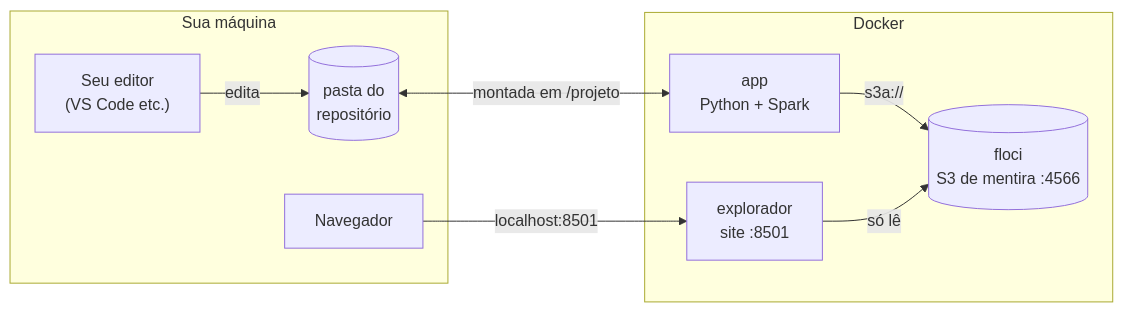
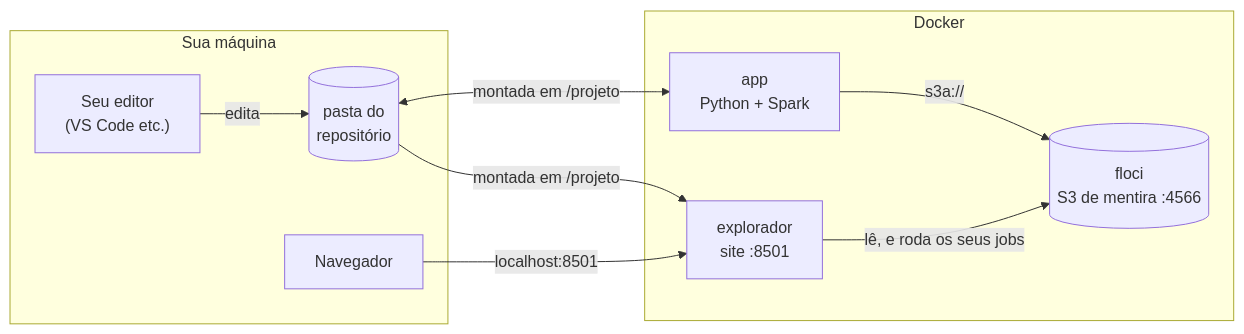
The second of 2 diagrams in SETUP.md (sertaoseracloud/projeto-final-tracking), drawn with Mermaid before and after one commit. The commit also changed other lines of this file and 14 other files, not shown here.

````diff
--- a/SETUP.md
+++ b/SETUP.md
@@ -47,18 +47,19 @@
 ```mermaid
 flowchart LR
     subgraph PC["Sua máquina"]
         editor["Seu editor<br/>(VS Code etc.)"]
         nav["Navegador"]
         pasta[("pasta do<br/>repositório")]
     end
     subgraph DOCKER["Docker"]
         app["app<br/>Python + Spark"]
         exp["explorador<br/>site :8501"]
         floci[("floci<br/>S3 de mentira :4566")]
     end
     editor -->|edita| pasta
     pasta <-->|montada em /projeto| app
     app -->|s3a://| floci
-    exp -->|só lê| floci
+    exp -->|lê, e roda os seus jobs| floci
+    pasta -->|montada em /projeto| exp
     nav -->|localhost:8501| exp
 ```
````
